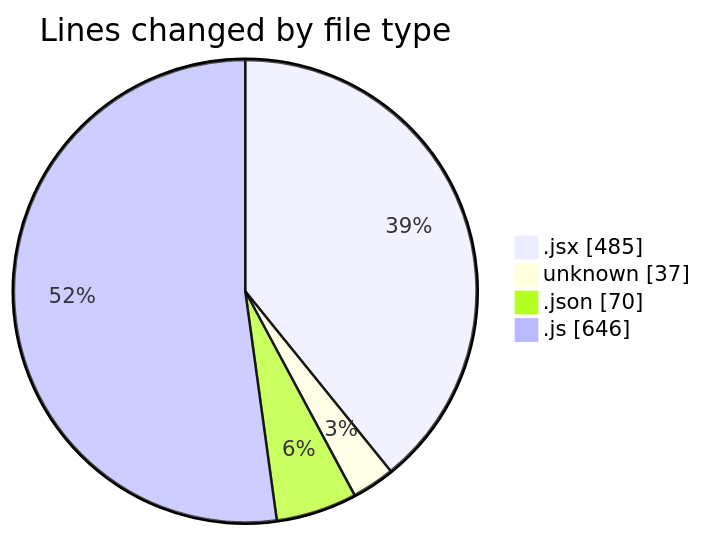
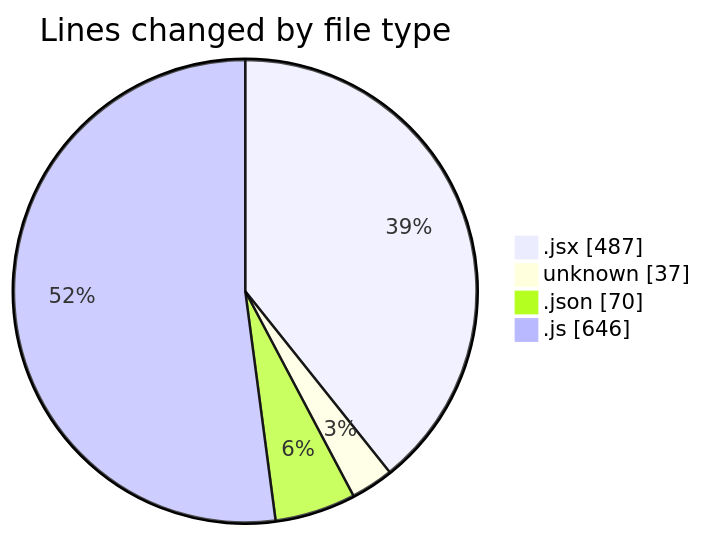
One commit to Elitesun/code-tracking changed the first of 2 diagrams in 2025-02-08/react_ecom/README.md. Above: the diagram before and after it, drawn with Mermaid. The commit also changed other lines of this file and 1 other file, not shown here.

````diff
--- a/2025-02-08/react_ecom/README.md
+++ b/2025-02-08/react_ecom/README.md
@@ -28,8 +28,8 @@
 ```mermaid
 pie showData
 title Lines changed by file type
-".jsx" : 485
+".jsx" : 487
 "unknown" : 37
 ".json" : 70
 ".js" : 646
 ```
````
